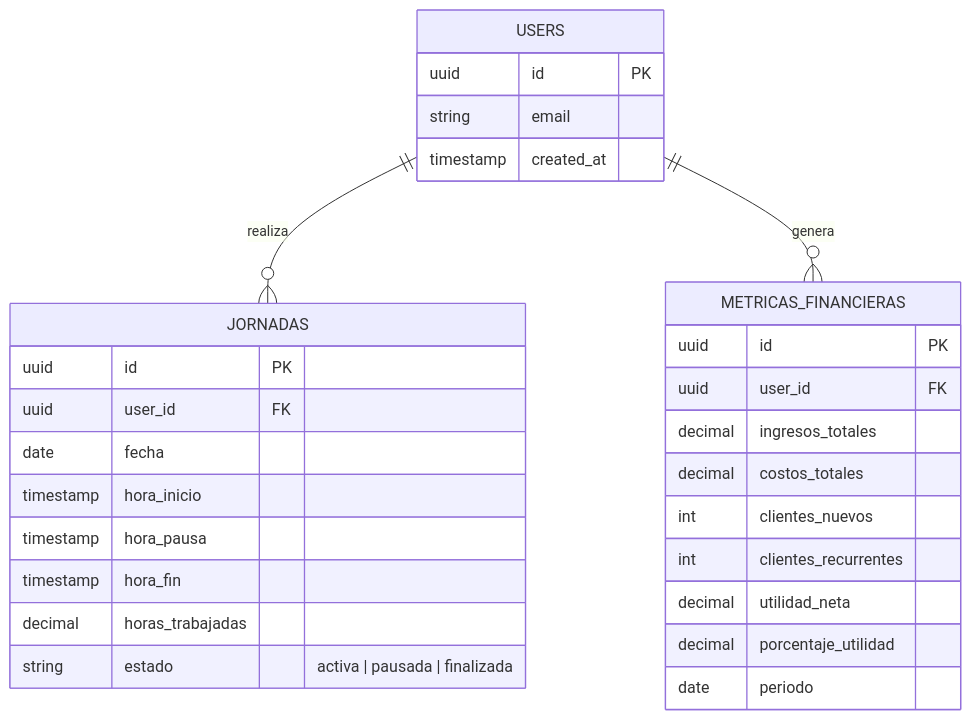
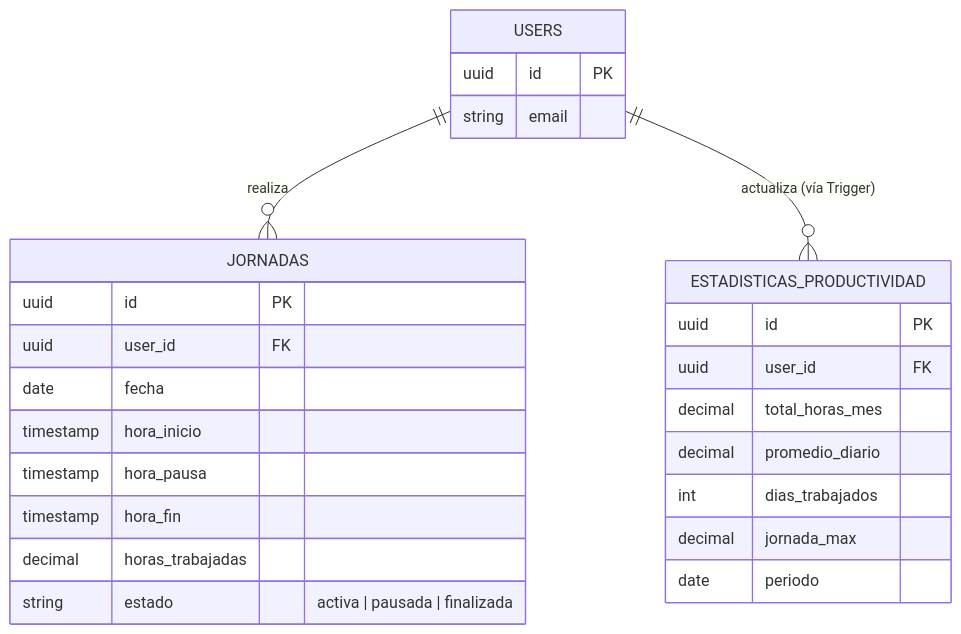
The second of 2 diagrams in README.md (DiegoSaraviaD/Antigravity01), drawn with Mermaid before and after one commit. The commit also changed other lines of this file and 5 other files, not shown here.

````diff
--- a/README.md
+++ b/README.md
@@ -41,34 +42,31 @@
 ```mermaid
 erDiagram
     USERS ||--o{ JORNADAS : "realiza"
-    USERS ||--o{ METRICAS_FINANCIERAS : "genera"
+    USERS ||--o{ ESTADISTICAS_PRODUCTIVIDAD : "actualiza (vía Trigger)"
 
     USERS {
         uuid id PK
         string email
-        timestamp created_at
     }
 
     JORNADAS {
         uuid id PK
         uuid user_id FK
         date fecha
         timestamp hora_inicio
         timestamp hora_pausa
         timestamp hora_fin
         decimal horas_trabajadas
         string estado "activa | pausada | finalizada"
     }
 
-    METRICAS_FINANCIERAS {
+    ESTADISTICAS_PRODUCTIVIDAD {
         uuid id PK
         uuid user_id FK
-        decimal ingresos_totales
-        decimal costos_totales
-        int clientes_nuevos
-        int clientes_recurrentes
-        decimal utilidad_neta
-        decimal porcentaje_utilidad
+        decimal total_horas_mes
+        decimal promedio_diario
+        int dias_trabajados
+        decimal jornada_max
         date periodo
     }
 ```
````
